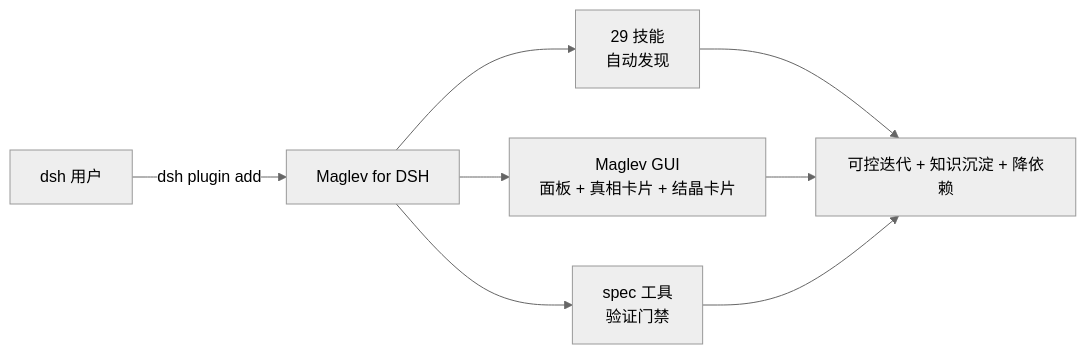
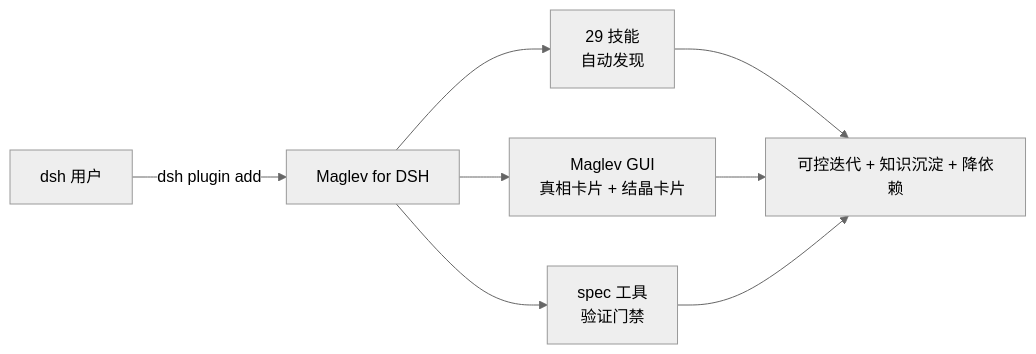
The diagram in README.md (Idea-Maglev/maglev-for-dsh), drawn with Mermaid (neutral theme) before and after one commit. The commit also changed other lines of this file and 4 other files, not shown here.

````diff
--- a/README.md
+++ b/README.md
@@ -16,10 +15,10 @@
 ```mermaid
 flowchart LR
     U["dsh 用户"] -->|"dsh plugin add"| M["Maglev for DSH"]
     M --> S["29 技能<br/>自动发现"]
-    M --> G["Maglev GUI<br/>面板 + 真相卡片 + 结晶卡片"]
+    M --> G["Maglev GUI<br/>真相卡片 + 结晶卡片"]
     M --> T["spec 工具<br/>验证门禁"]
     S --> W["可控迭代 + 知识沉淀 + 降依赖"]
     G --> W
     T --> W
 ```
````
